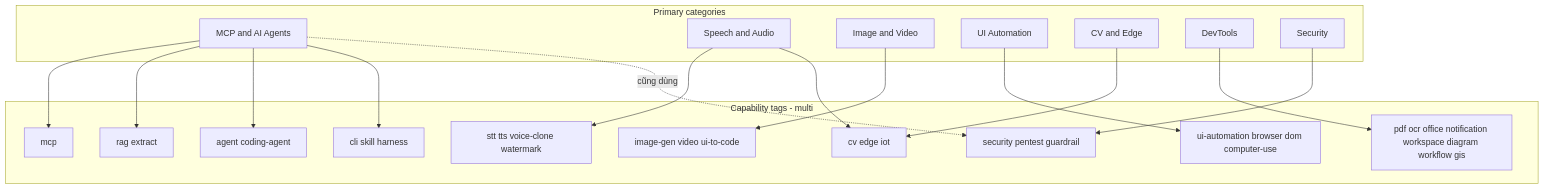
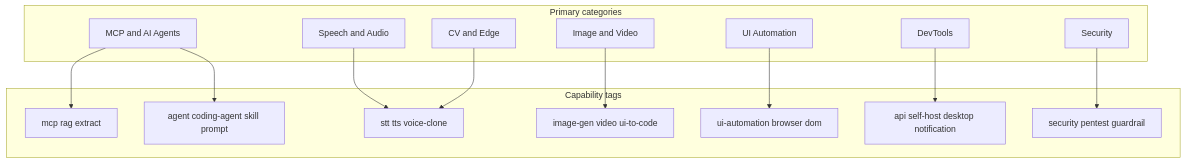
Before and after one commit to truongdinh018/awesome: the diagram in categories/README.md, drawn with Mermaid. The commit also changed other lines of this file and 2 other files, not shown here.

````diff
--- a/categories/README.md
+++ b/categories/README.md
@@ -21,38 +22,31 @@
 ```mermaid
 flowchart TB
     subgraph primary [Primary categories]
         MCP[MCP and AI Agents]
         SP[Speech and Audio]
         IV[Image and Video]
         UI[UI Automation]
         CV[CV and Edge]
         DEV[DevTools]
         SEC[Security]
     end
 
-    subgraph tags [Capability tags - multi]
-        T_MCP[mcp]
-        T_RAG[rag extract]
-        T_AG[agent coding-agent]
-        T_CLI[cli skill harness]
-        T_SP[stt tts voice-clone watermark]
+    subgraph tags [Capability tags]
+        T_MCP[mcp rag extract]
+        T_AG[agent coding-agent skill prompt]
+        T_SP[stt tts voice-clone]
         T_MED[image-gen video ui-to-code]
-        T_UA[ui-automation browser dom computer-use]
-        T_EDGE[cv edge iot]
-        T_DT[pdf ocr office notification workspace diagram workflow gis]
+        T_UA[ui-automation browser dom]
+        T_DT[api self-host desktop notification]
         T_SEC[security pentest guardrail]
     end
 
     MCP --> T_MCP
-    MCP --> T_RAG
     MCP --> T_AG
-    MCP --> T_CLI
     SP --> T_SP
-    SP --> T_EDGE
     IV --> T_MED
     UI --> T_UA
-    CV --> T_EDGE
     DEV --> T_DT
     SEC --> T_SEC
-    MCP -.->|cũng dùng| T_SEC
+    CV --> T_SP
 ```
````
